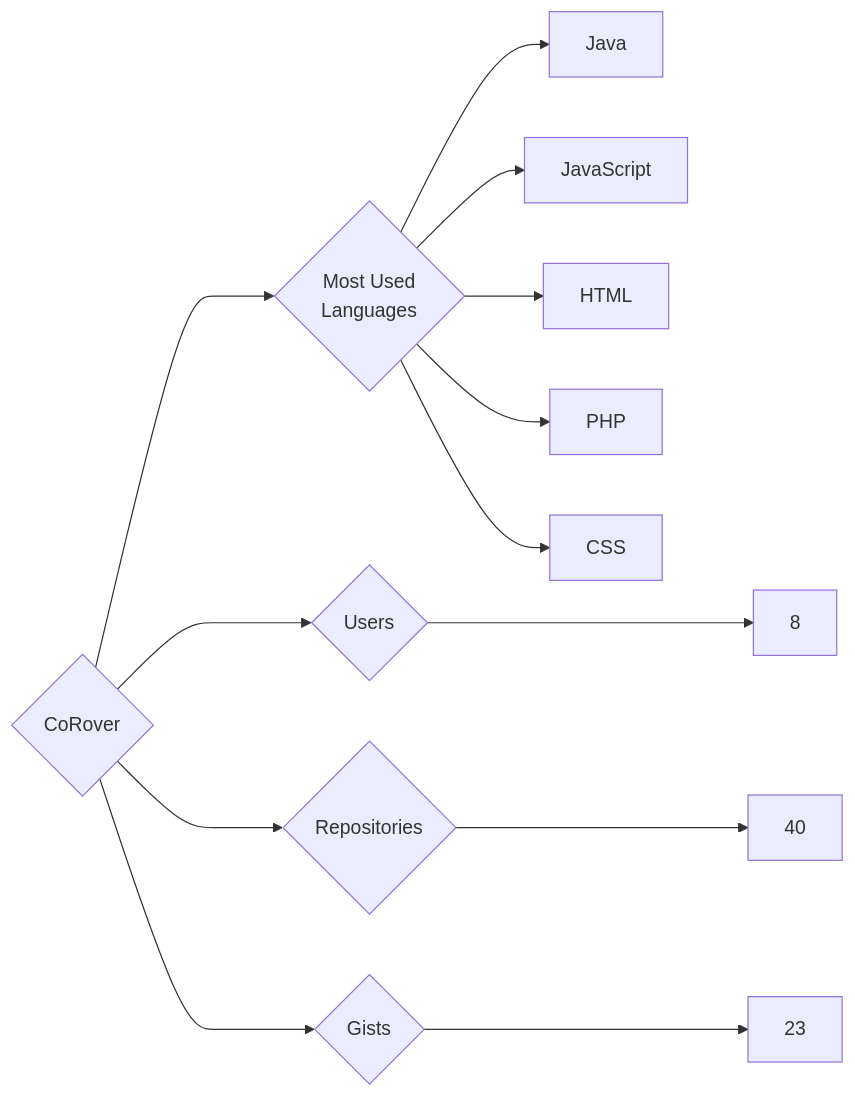
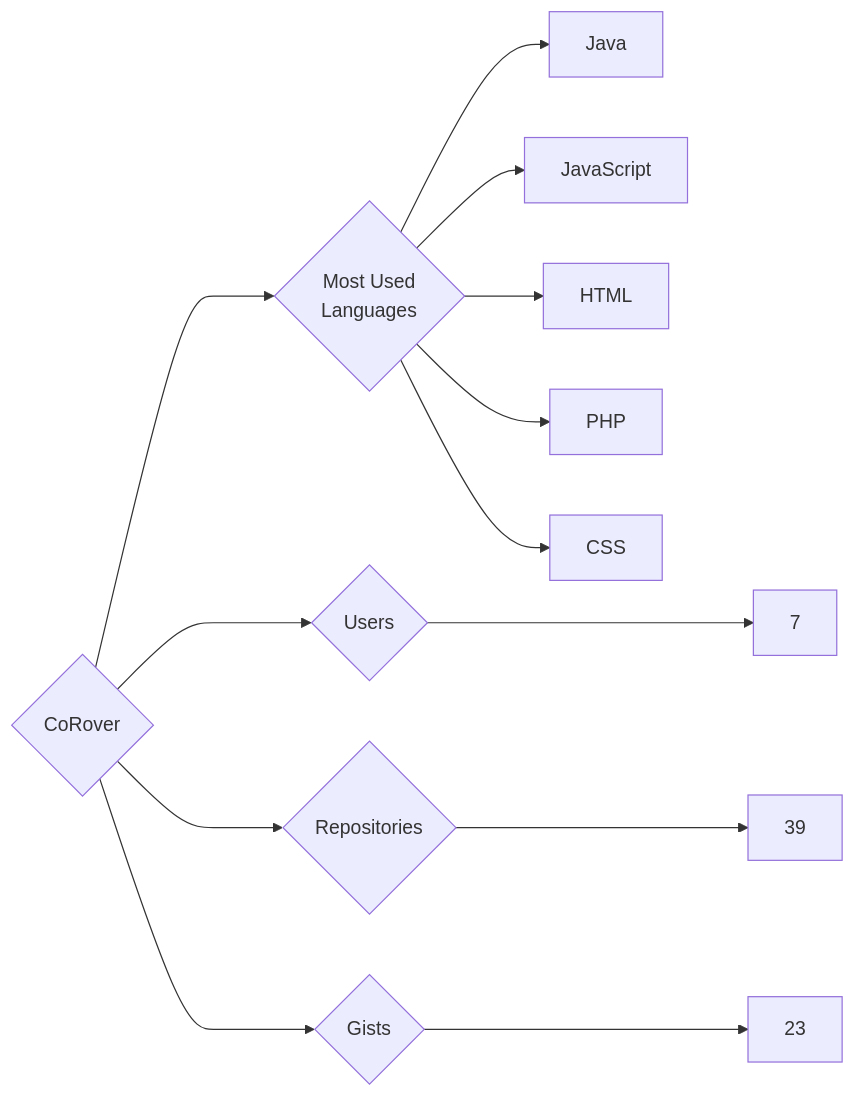
One commit to trickest/insiders changed the diagram in targets/CoRover/README.md. Above: the diagram before and after it, drawn with Mermaid. The commit also changed 1166 other files, not shown here.

````diff
--- a/targets/CoRover/README.md
+++ b/targets/CoRover/README.md
@@ -3,13 +3,13 @@
 ```mermaid
 graph LR
 COMPANY_NAME{CoRover}
-COMPANY_NAME ---> U{Users} ---> UN[8]
-COMPANY_NAME ---> R{Repositories} ---> RN[40]
+COMPANY_NAME ---> U{Users} ---> UN[7]
+COMPANY_NAME ---> R{Repositories} ---> RN[39]
 COMPANY_NAME ---> G{Gists} ---> GN[23]
 COMPANY_NAME ---> ML{Most Used<br>Languages}
 ML --> Java[Java]
 ML --> JavaScript[JavaScript]
 ML --> HTML[HTML]
 ML --> PHP[PHP]
 ML --> CSS[CSS]
 ```
````
